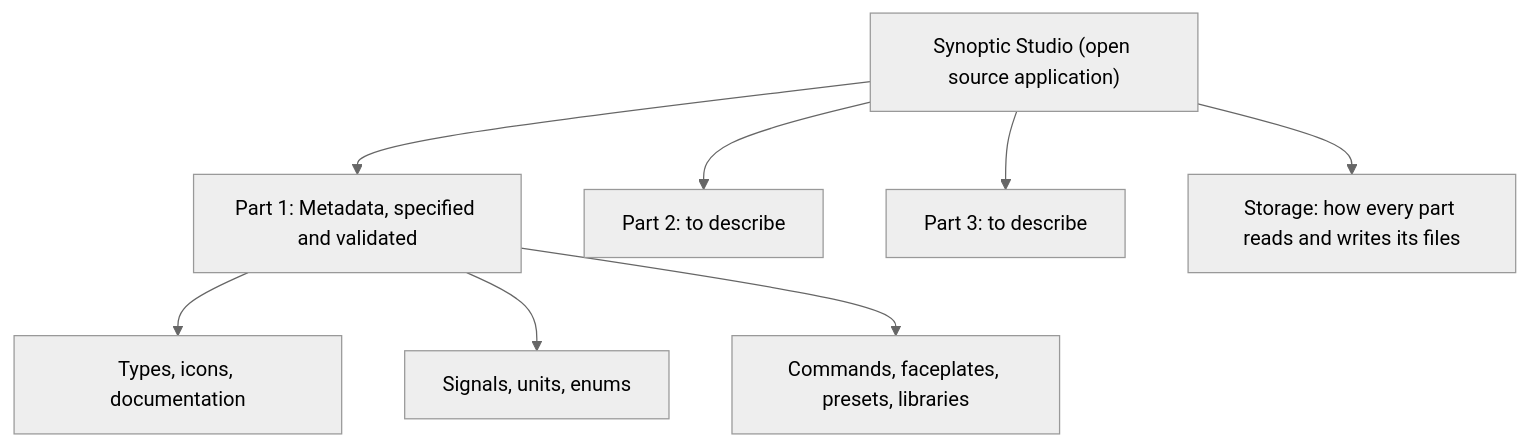
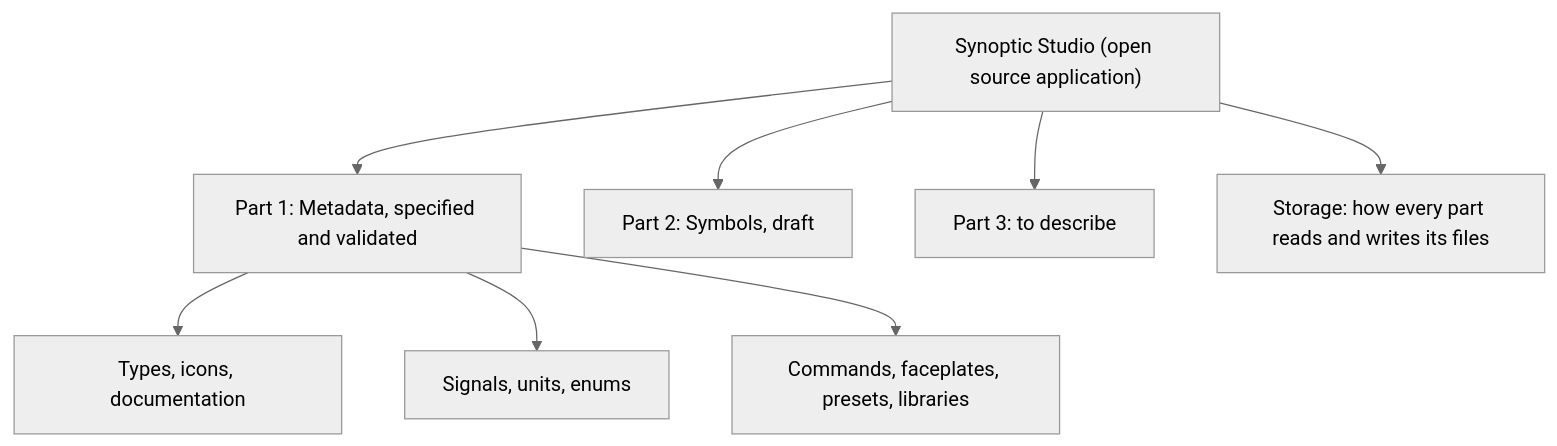
Before and after one commit to AlexandreGallais/synoptic-studio-spec: the second of 2 diagrams in README.md, drawn with Mermaid (neutral theme). The commit also changed other lines of this file and 9 other files, not shown here.

First line of the commit message:
docs(symbols): draft the symbols part from the owner's description

````diff
--- a/README.md
+++ b/README.md
@@ -30,11 +30,11 @@
 ```mermaid
 flowchart TD
     APP["Synoptic Studio (open source application)"]
     APP --> MD["Part 1: Metadata, specified and validated"]
-    APP --> P2["Part 2: to describe"]
+    APP --> P2["Part 2: Symbols, draft"]
     APP --> P3["Part 3: to describe"]
     APP --> ST["Storage: how every part reads and writes its files"]
     MD --> MD1["Types, icons, documentation"]
     MD --> MD2["Signals, units, enums"]
     MD --> MD3["Commands, faceplates, presets, libraries"]
 ```
````
